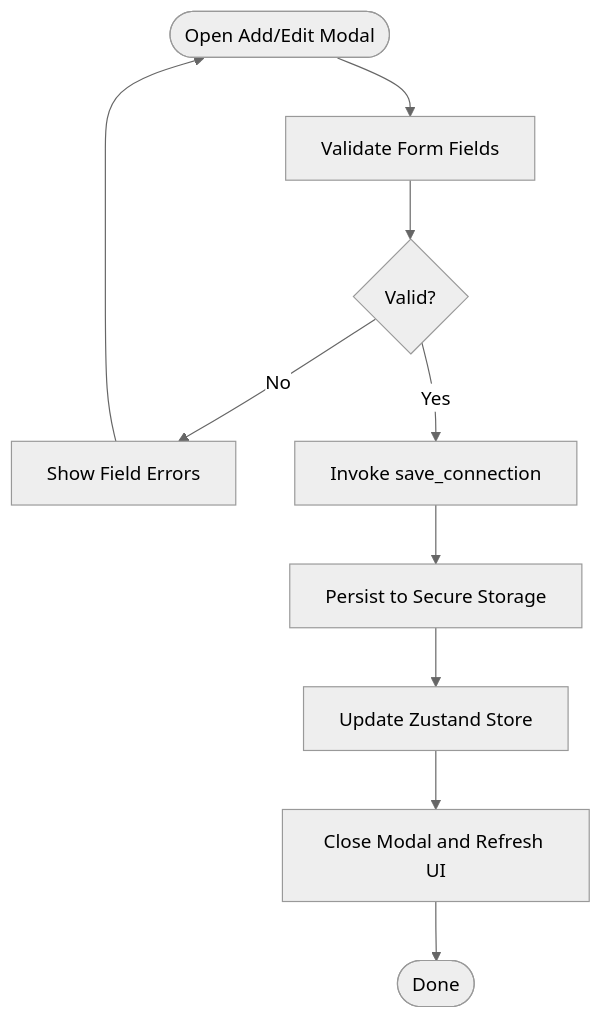
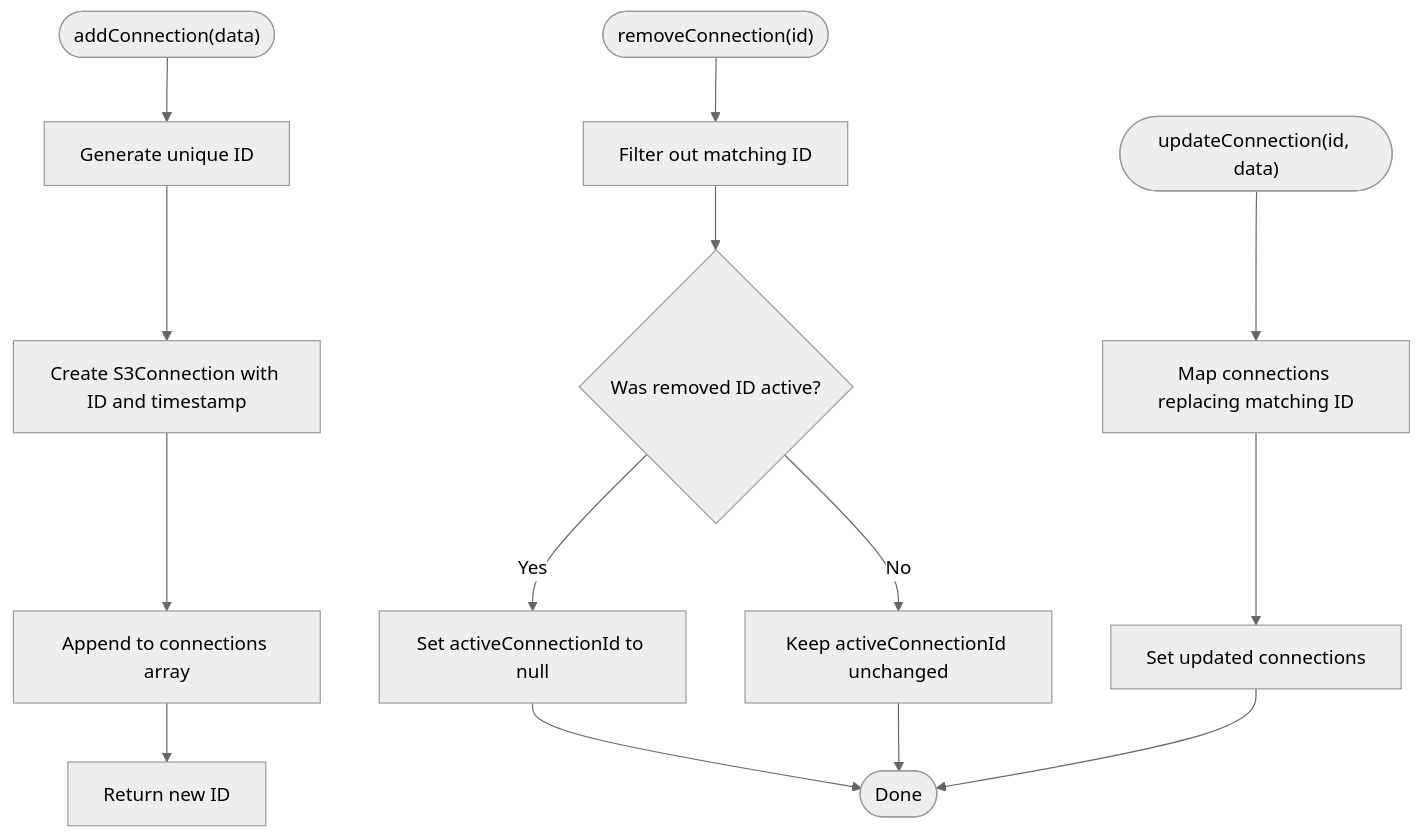
The third of 6 diagrams in .qoder/repowiki/en/content/Core Features/Connection Management.md (nasrulhadi/s3-explorer), drawn with Mermaid (neutral theme) before and after one commit. The commit also changed other lines of this file and 46 other files, not shown here.

Commit message:
Context menu (right-click), modal/popup add connections, regenerate wiki

````diff
--- a/.qoder/repowiki/en/content/Core Features/Connection Management.md
+++ b/.qoder/repowiki/en/content/Core Features/Connection Management.md
@@ -226,12 +151,16 @@
 ```mermaid
 flowchart TD
-Start(["Open Add/Edit Modal"]) --> Validate["Validate Form Fields"]
-Validate --> Valid{"Valid?"}
-Valid --> |No| ShowErrors["Show Field Errors"]
-ShowErrors --> Start
-Valid --> |Yes| Submit["Invoke save_connection"]
-Submit --> Persist["Persist to Secure Storage"]
-Persist --> UpdateStore["Update Zustand Store"]
-UpdateStore --> Close["Close Modal and Refresh UI"]
-Close --> End(["Done"])
+Start(["addConnection(data)"]) --> GenId["Generate unique ID"]
+GenId --> BuildConn["Create S3Connection with ID and timestamp"]
+BuildConn --> Append["Append to connections array"]
+Append --> ReturnId["Return new ID"]
+Update(["updateConnection(id, data)"]) --> Map["Map connections replacing matching ID"]
+Map --> SetState["Set updated connections"]
+Remove(["removeConnection(id)"]) --> Filter["Filter out matching ID"]
+Filter --> Deselect{"Was removed ID active?"}
+Deselect --> |Yes| ClearActive["Set activeConnectionId to null"]
+Deselect --> |No| KeepActive["Keep activeConnectionId unchanged"]
+ClearActive --> Done
+KeepActive --> Done
+SetState --> Done(["Done"])
 ```
````
